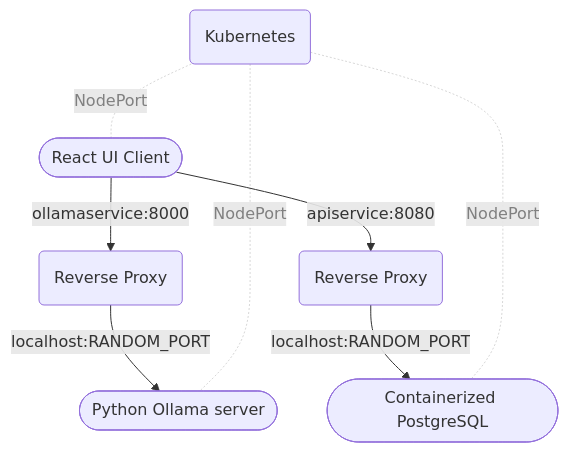
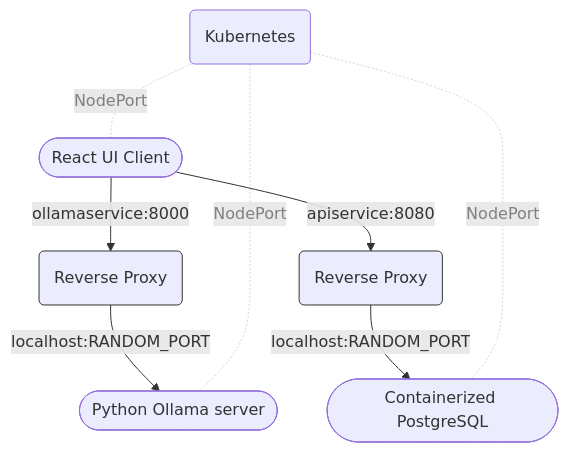
Before and after one commit to CynicDog/CynicDog.github.io: the second of 2 diagrams in _posts/2024-07-31-azure-aspire-with-containerized-ollama.md, drawn with Mermaid.

````diff
--- a/_posts/2024-07-31-azure-aspire-with-containerized-ollama.md
+++ b/_posts/2024-07-31-azure-aspire-with-containerized-ollama.md
@@ -140,13 +140,16 @@
 ```mermaid
 flowchart TD
     
     A([React UI Client]) --> |ollamaservice:8000| B(Reverse Proxy)
     B --> |localhost:RANDOM_PORT| E([Python Ollama server])
     A --> |apiservice:8080| C(Reverse Proxy)
     C --> |localhost:RANDOM_PORT| D([Containerized PostgreSQL])
     F(Kubernetes) -. NodePort .- A 
     F -. NodePort .- D
-    F -. NodePort .- E 
+    F -. NodePort .- E
+
+    classDef container stroke:#333,stroke-width:1px;
+    class B,C container;
 
     linkStyle 4,5,6 stroke-width:.2px,color:grey;
 ```
````
